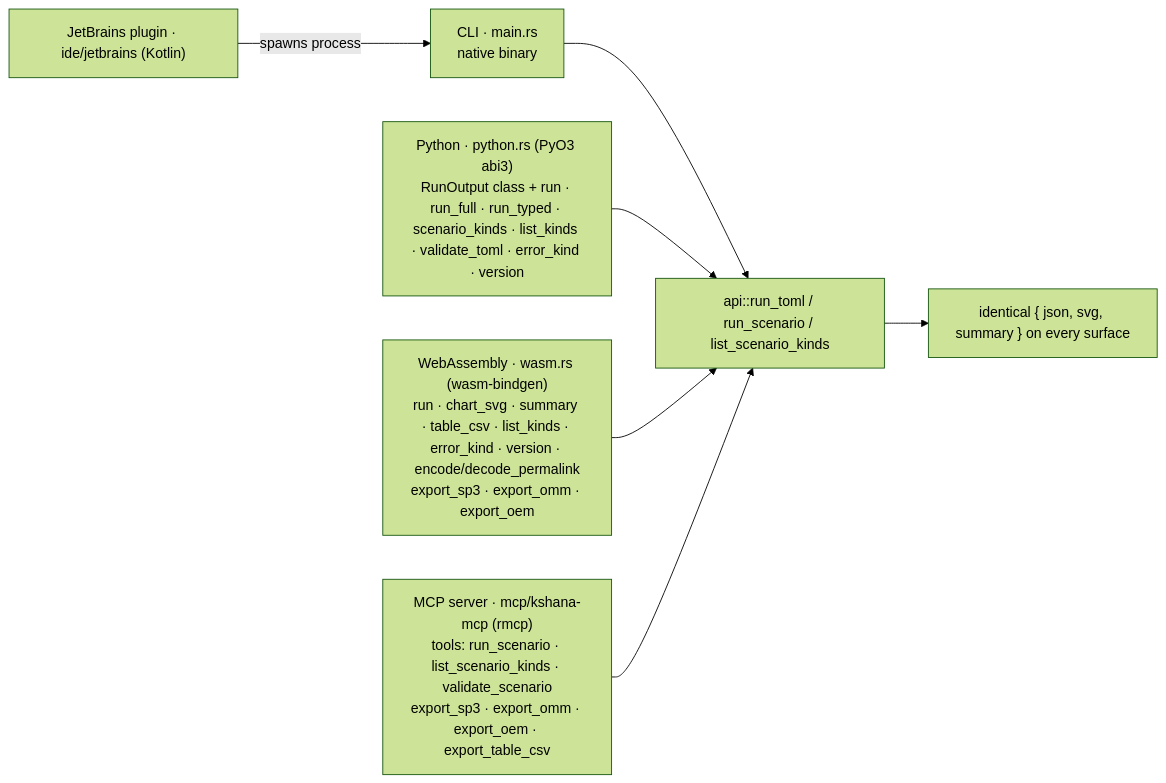
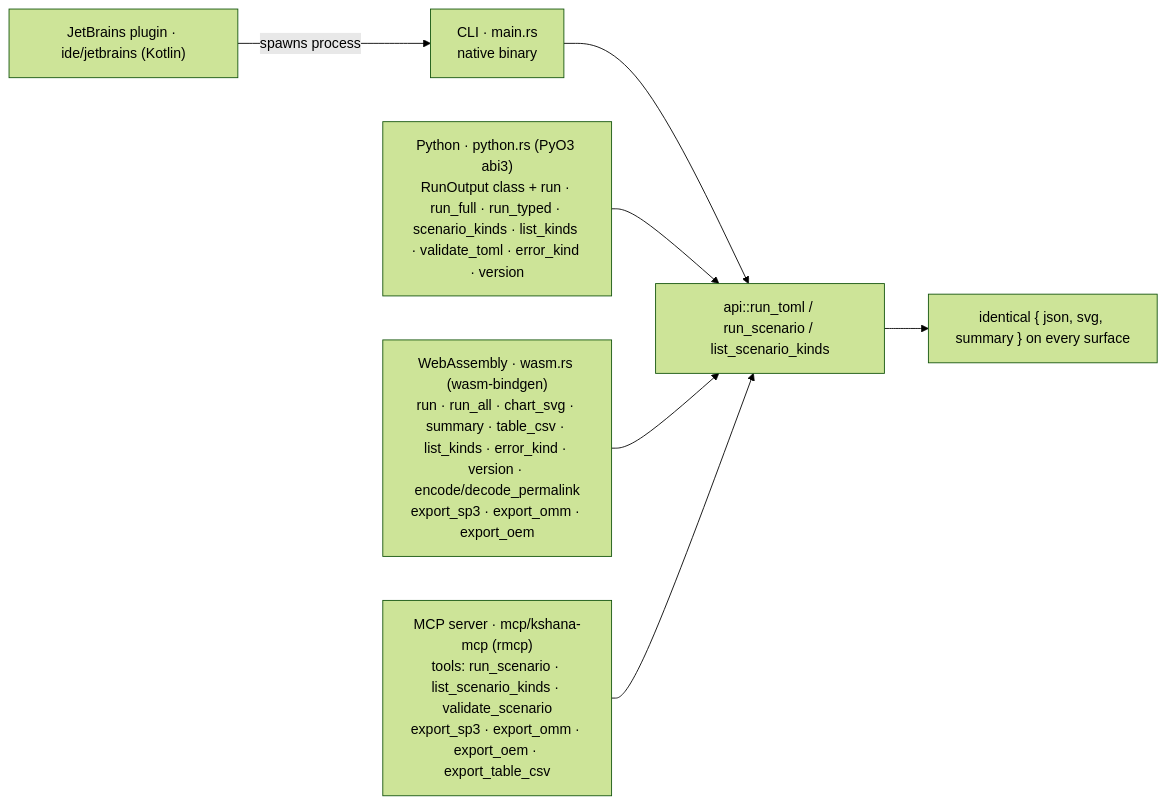
Before and after one commit to ashfordeOU/kshana: diagram 11 of 11 in docs/ARCHITECTURE.md, drawn with Mermaid (forest theme). The commit also changed other lines of this file and 28 other files, not shown here.

First line of the commit message:
feat(web,api,ci): finish the remaining founder decisions

````diff
--- a/docs/ARCHITECTURE.md
+++ b/docs/ARCHITECTURE.md
@@ -564,9 +565,9 @@
 ```mermaid
 flowchart LR
     cli["CLI · main.rs<br/>native binary"] --> api
     py["Python · python.rs (PyO3 abi3)<br/>RunOutput class + run · run_full · run_typed · scenario_kinds · list_kinds · validate_toml · error_kind · version"] --> api
-    wasm["WebAssembly · wasm.rs (wasm-bindgen)<br/>run · chart_svg · summary · table_csv · list_kinds · error_kind · version · encode/decode_permalink<br/>export_sp3 · export_omm · export_oem"] --> api
+    wasm["WebAssembly · wasm.rs (wasm-bindgen)<br/>run · run_all · chart_svg · summary · table_csv · list_kinds · error_kind · version · encode/decode_permalink<br/>export_sp3 · export_omm · export_oem"] --> api
     mcp["MCP server · mcp/kshana-mcp (rmcp)<br/>tools: run_scenario · list_scenario_kinds · validate_scenario<br/>export_sp3 · export_omm · export_oem · export_table_csv"] --> api
     ide["JetBrains plugin · ide/jetbrains (Kotlin)"] -- spawns process --> cli
     api["api::run_toml / run_scenario / list_scenario_kinds"] --> out["identical { json, svg, summary } on every surface"]
 ```
````
